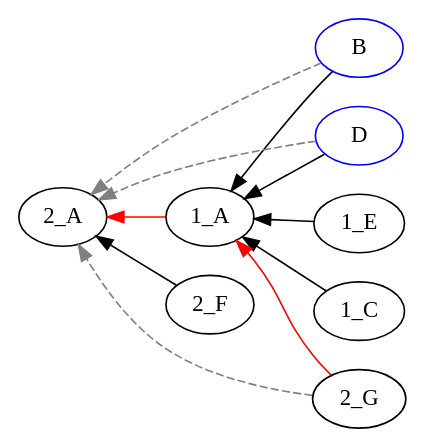
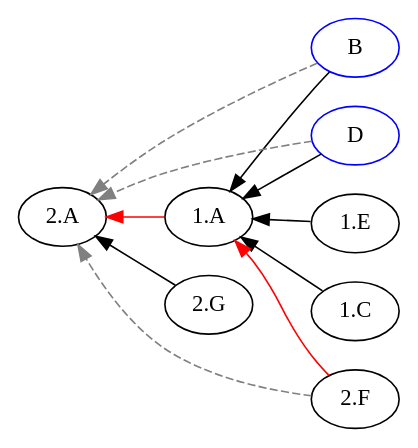
Before and after one commit to EulerProject/EulerX: the diagram in example/output/abstract4/abstract4_pw_3.dot, drawn with Graphviz. The commit also changed 30 other files, not shown here.

```diff
--- a/example/output/abstract4/abstract4_pw_3.dot
+++ b/example/output/abstract4/abstract4_pw_3.dot
@@ -1,19 +1,19 @@
 digraph {
 
 rankdir = RL
 
 "B" [color=blue];
 "D" [color=blue];
 "B" [color=blue];
 "D" [color=blue];
-"1_C" -> "1_A" [style=filled, color=black];
-"1_E" -> "1_A" [style=filled, color=black];
-"2_F" -> "2_A" [style=filled, color=black];
-"2_G" -> "1_A" [style=filled, color=red];
-"1_A" -> "2_A" [style=filled, color=red];
-"B" -> "1_A" [style=filled, color=black];
-"D" -> "1_A" [style=filled, color=black];
-"2_G" -> "2_A" [style=dashed, color=grey];
-"B" -> "2_A" [style=dashed, color=grey];
-"D" -> "2_A" [style=dashed, color=grey];
+"1.C" -> "1.A" [style=filled, color=black];
+"1.E" -> "1.A" [style=filled, color=black];
+"2.G" -> "2.A" [style=filled, color=black];
+"2.F" -> "1.A" [style=filled, color=red];
+"1.A" -> "2.A" [style=filled, color=red];
+"B" -> "1.A" [style=filled, color=black];
+"D" -> "1.A" [style=filled, color=black];
+"2.F" -> "2.A" [style=dashed, color=grey];
+"B" -> "2.A" [style=dashed, color=grey];
+"D" -> "2.A" [style=dashed, color=grey];
 }
```
